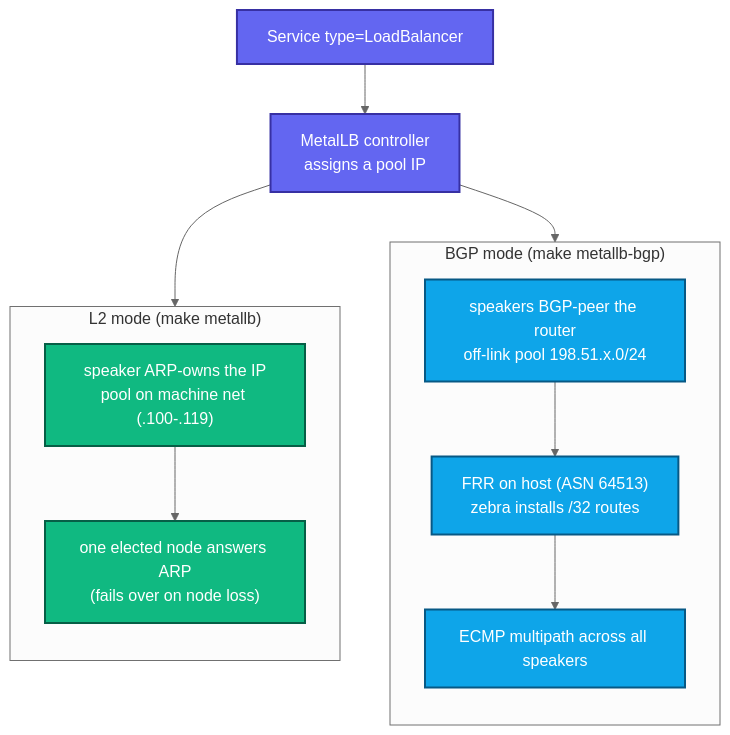
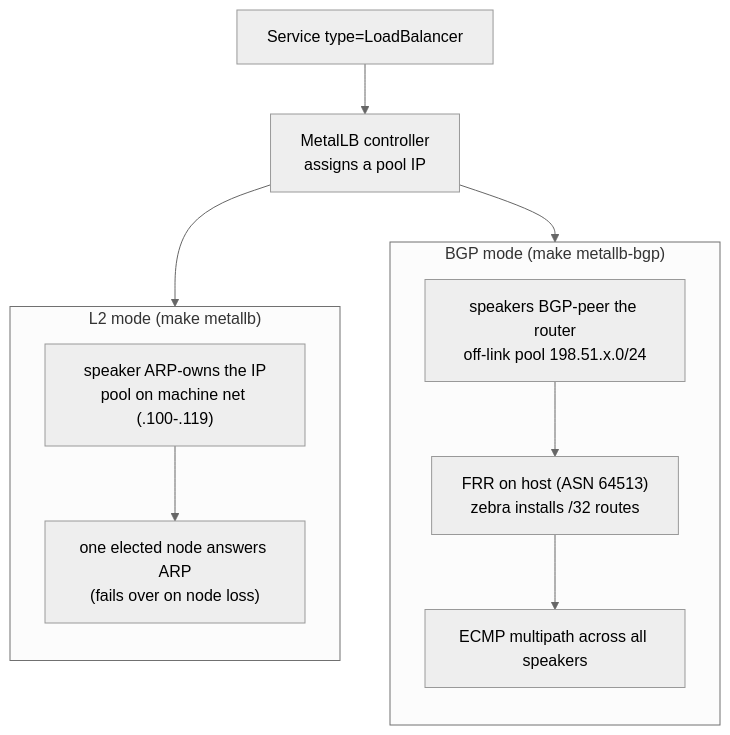
One commit to maci0/vmetal-openshift changed the second of 10 diagrams in docs/architecture.md. Above: the diagram before and after it, drawn with Mermaid (neutral theme). The commit also changed other lines of this file and 1 other file, not shown here.

First line of the commit message:
docs: redo topology diagrams as clean layered reference architectures

````diff
--- a/docs/architecture.md
+++ b/docs/architecture.md
@@ -96,25 +88,18 @@
 ```mermaid
 flowchart TB
   svc["Service type=LoadBalancer"] --> ctl["MetalLB controller<br/>assigns a pool IP"]
   ctl --> l2box
   ctl --> bgpbox
   subgraph l2box["L2 mode (make metallb)"]
     direction TB
     l2["speaker ARP-owns the IP<br/>pool on machine net (.100-.119)"]
     l2 --> l2n["one elected node answers ARP<br/>(fails over on node loss)"]
   end
   subgraph bgpbox["BGP mode (make metallb-bgp)"]
     direction TB
     bgp["speakers BGP-peer the router<br/>off-link pool 198.51.x.0/24"]
     bgp --> frr["FRR on host (ASN 64513)<br/>zebra installs /32 routes"]
     frr --> ecmp["ECMP multipath across all speakers"]
   end
 
-  classDef a fill:#6366f1,stroke:#3730a3,color:#fff,stroke-width:2px;
-  classDef b fill:#10b981,stroke:#065f46,color:#fff,stroke-width:2px;
-  classDef c fill:#0ea5e9,stroke:#075985,color:#fff,stroke-width:2px;
-  classDef d fill:#f59e0b,stroke:#92400e,color:#1f2937,stroke-width:2px;
-  class svc,ctl a;
-  class l2,l2n b;
-  class bgp,frr,ecmp c;
 ```
````
